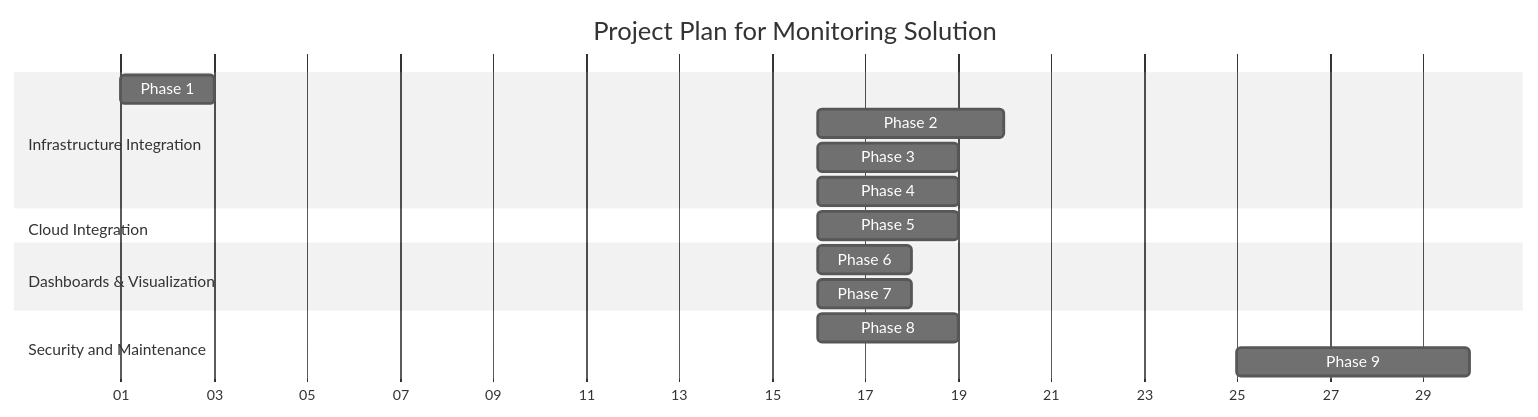
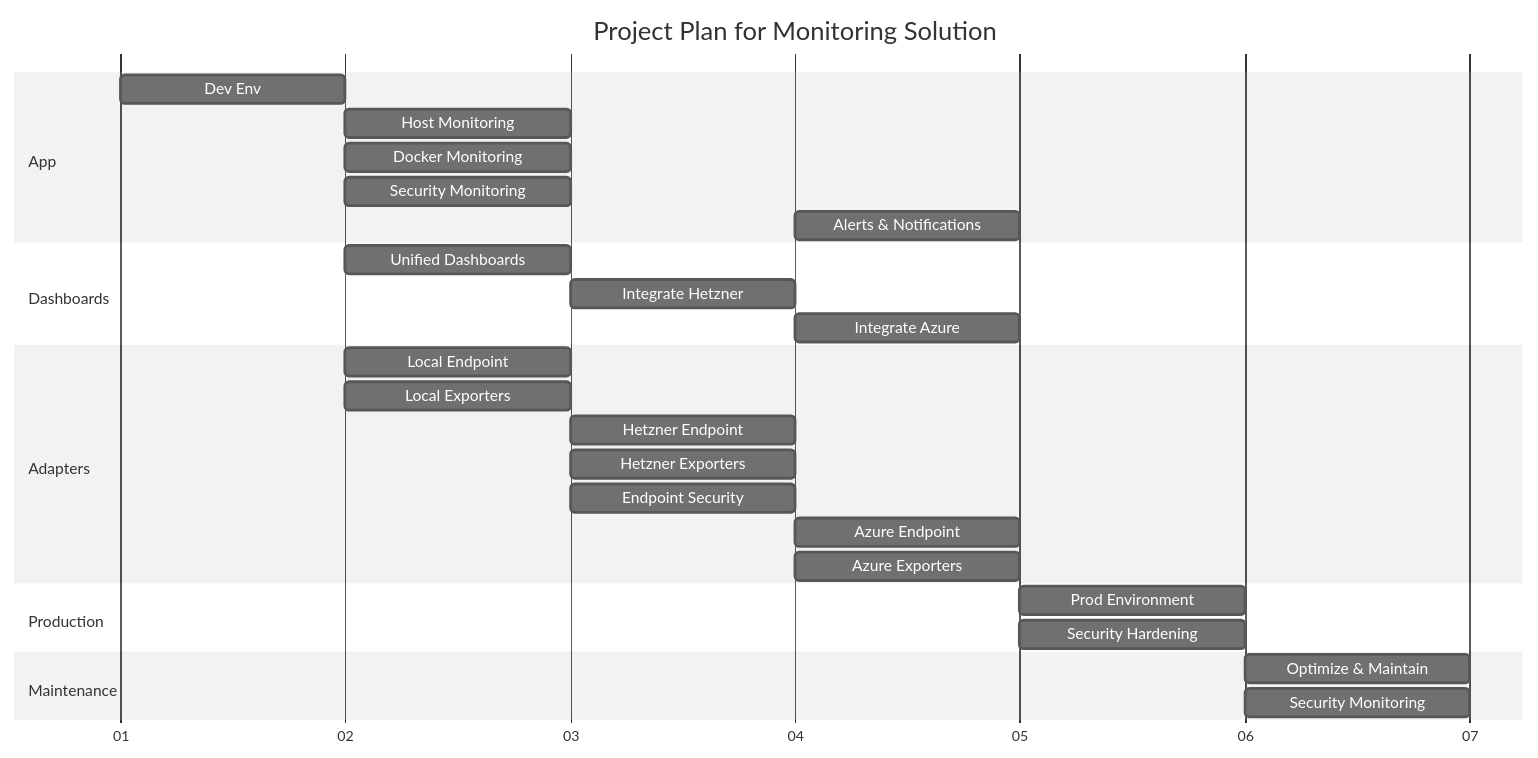
The diagram in projects/monitoring_dashboard.md (plindman/plindman), drawn with Mermaid (neutral theme) before and after one commit. The commit also changed other lines of this file, not shown here.

Commit message:
The plan

```diff
--- a/projects/monitoring_dashboard.md
+++ b/projects/monitoring_dashboard.md
@@ -21,23 +13,40 @@
 :::mermaid
 gantt
-    title Project Plan for Monitoring Solution
-    dateFormat  D
-    axisFormat  %d
-    
-    section Infrastructure Integration
-    Phase 1: Local Development    :p1, 1, 2d
-    Phase 2: Hetzner Deployment   :p2, after p1, 4d
-    Phase 3: Docker Monitoring    :p3, after p2, 3d
-    Phase 4: Host Monitoring      :p4, after p3, 3d
+   title Project Plan for Monitoring Solution
+   dateFormat  YYYY-MM-DD
+   axisFormat  %W
+   tickInterval 1week
+   weekday monday
+   todayMarker off
 
-    section Cloud Integration
-    Phase 5: Azure Integration    :p5, after p1, 3d
+   section App
+      Dev Env                       :core1, 2024-01-01, 1w
+      Host Monitoring               :core2, after core1, 1w
+      Docker Monitoring             :core3, after core1, 1w
+      Security Monitoring           :core3, after core1, 1w
+      Alerts & Notifications        :core5, 2024-01-22, 1w
 
-    section Dashboards & Visualization
-    Phase 6: Unified Dashboards   :p6, after p3 p4 p5, 2d
-    Phase 7: Alerts & Notifications :p7, after p6, 2d
+   section Dashboards
+      Unified Dashboards            :dash1, after core1, 1w
+      Integrate Hetzner             :dash2, after dash1, 1w
+      Integrate Azure               :dash3, after dash2, 1w
 
-    section Security and Maintenance
-    Phase 8: Security             :p8, after p2, 3d
-    Phase 9: Optimize & Maintain  :p9, 2024-11-25, 5d
+   section Adapters
+      Local Endpoint                :host1a, after core1, 1w
+      Local Exporters               :host1b, after core1, 1w
+
+      Hetzner Endpoint              :host2a, after host1b, 1w
+      Hetzner Exporters             :host2b, after host1b, 1w
+      Endpoint Security             :host2c, after host1b, 1w
+
+      Azure Endpoint                :host3a, after host2c, 1w
+      Azure Exporters               :host3b, after host2c, 1w
+
+   section Production
+      Prod Environment              :prod1, after host3b, 1w
+      Security Hardening            :prod2, after host3b, 1w
+
+   section Maintenance
+      Optimize & Maintain           :maint, after prod1, 1w
+      Security Monitoring           :sec2, after prod2, 1w
 :::
```
